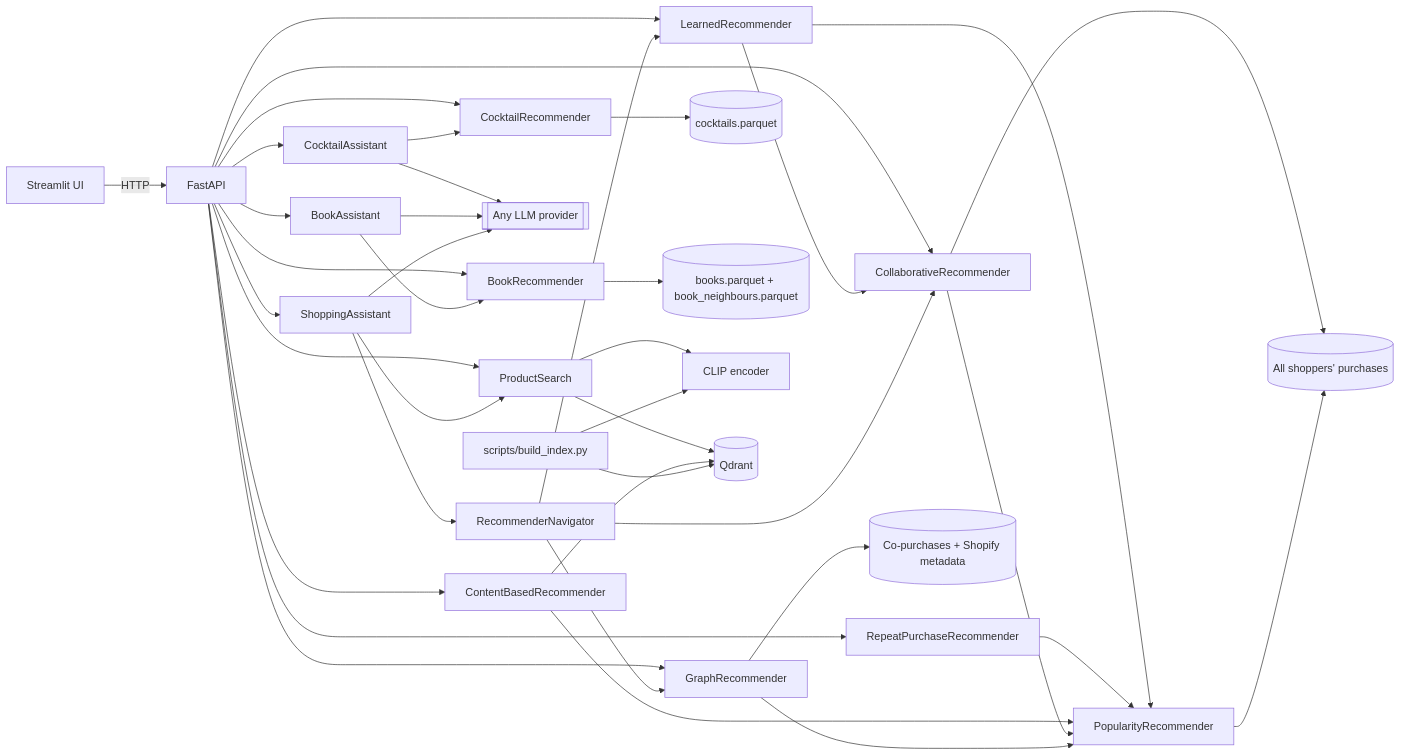
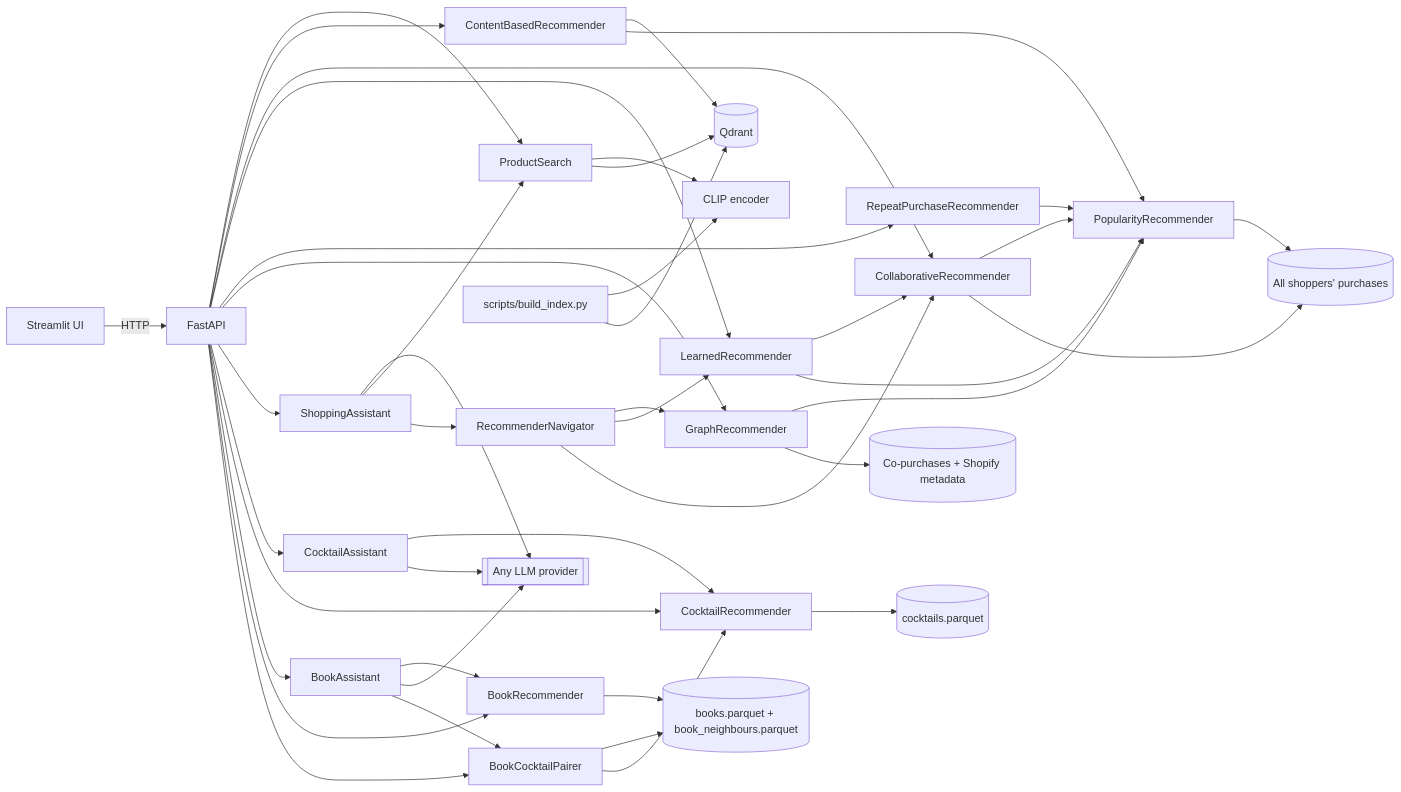
One commit to yo1am1/curio changed the diagram in docs/technical-guide.md. Above: the diagram before and after it, drawn with Mermaid. The commit also changed other lines of this file and 4 other files, not shown here.

First line of the commit message:
docs: describe book to cocktail pairing in the README, guide, architecture and contract

````diff
--- a/docs/technical-guide.md
+++ b/docs/technical-guide.md
@@ -310,35 +329,38 @@
 ```mermaid
 flowchart LR
     UI[Streamlit UI] -- HTTP --> API[FastAPI]
     API --> S[ProductSearch]
     API --> CB[ContentBasedRecommender]
     API --> CF[CollaborativeRecommender]
     API --> R[LearnedRecommender]
     API --> RP[RepeatPurchaseRecommender]
     R --> CF & P
     RP --> P
     API --> G[GraphRecommender]
     API --> A[ShoppingAssistant]
     API --> CA[CocktailAssistant]
     API --> CR[CocktailRecommender]
     CR --> CC[(cocktails.parquet)]
     CA --> CR
     CA --> LLM
     API --> BA[BookAssistant]
     API --> BR[BookRecommender]
     BR --> BC[(books.parquet + book_neighbours.parquet)]
     BA --> BR
     BA --> LLM
+    API --> PR[BookCocktailPairer]
+    BA --> PR
+    PR --> BC & CR
     S --> E[CLIP encoder]
     S --> Q[(Qdrant)]
     CB --> Q
     CB & CF --> P[PopularityRecommender]
     CF & P --> SP[(All shoppers' purchases)]
     G --> P
     G --> KG[(Co-purchases + Shopify metadata)]
     A --> LLM[[Any LLM provider]]
     A --> S
     A --> N[RecommenderNavigator]
     N --> G & R & CF
     B[scripts/build_index.py] --> E & Q
 ```
````
